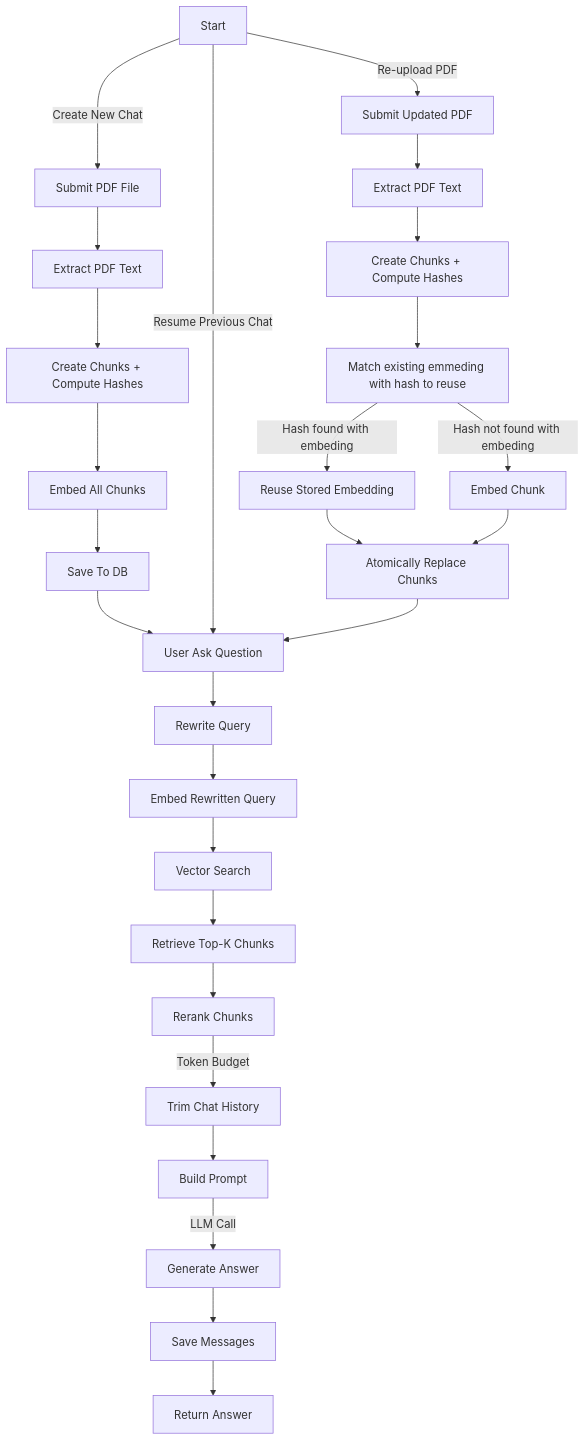
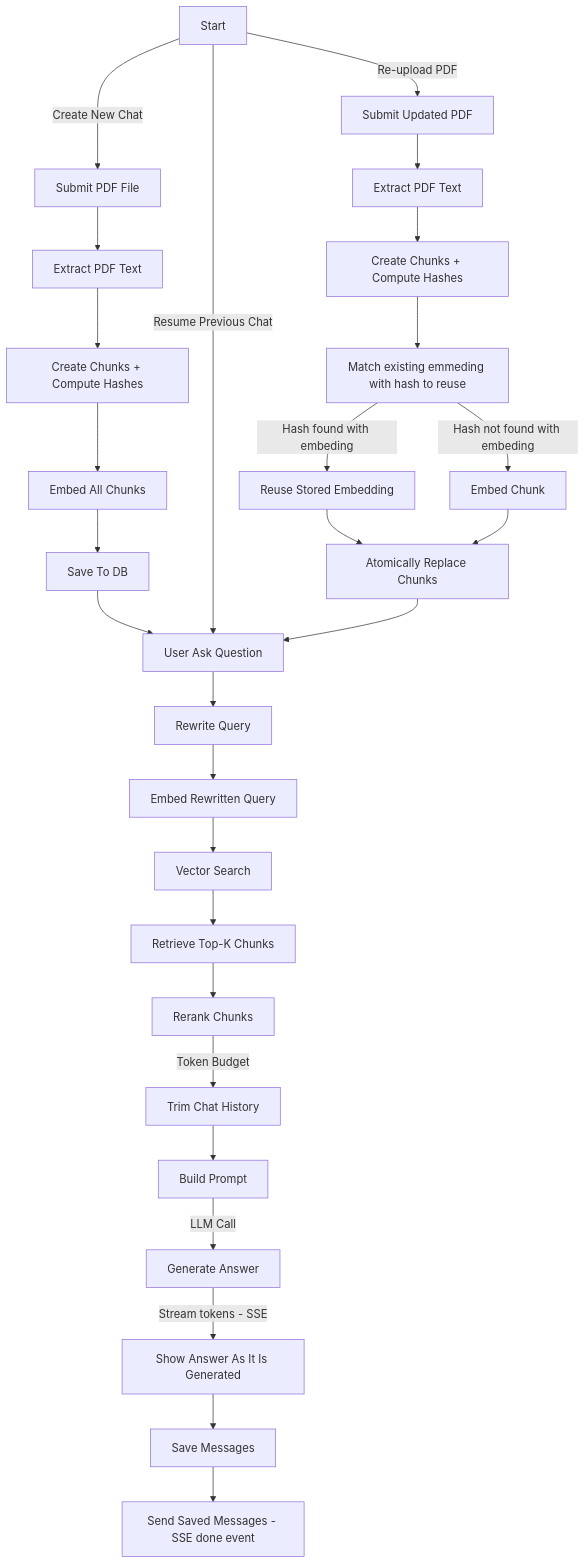
The diagram in README.md (jishnusaha/ask-my-pdf), drawn with Mermaid before and after one commit. The commit also changed other lines of this file and 9 other files, not shown here.

````diff
--- a/README.md
+++ b/README.md
@@ -277,32 +308,33 @@
 ```mermaid
 flowchart TD
 Start --> |Create New Chat| B[Submit PDF File]
 B --> C[Extract PDF Text]
 C --> D[Create Chunks + Compute Hashes]
 D --> E[Embed All Chunks]
 E --> F[Save To DB]
 F --> A1[User Ask Question]
 
 Start --> |Resume Previous Chat| A1
 
 Start --> |Re-upload PDF| R1[Submit Updated PDF]
 R1 --> R26[Extract PDF Text]
 R26 --> R2[Create Chunks + Compute Hashes]
 R2 --> R3[Match existing emmeding with hash to reuse]
 R3 --> |Hash found with embeding| R4[Reuse Stored Embedding]
 R3 --> |Hash not found with embeding| R5[Embed Chunk]
 R4 & R5 --> R6[Atomically Replace Chunks]
 R6 --> A1
 
 A1 --> B1[Rewrite Query]
 B1 --> C1[Embed Rewritten Query]
 C1 --> D1[Vector Search]
 D1 --> E1[Retrieve Top-K Chunks]
 E1 --> F1[Rerank Chunks]
 F1 --> |Token Budget| G1[Trim Chat History]
 G1 --> H1[Build Prompt]
 H1 --> |LLM Call|I1[Generate Answer]
-I1 --> J1[Save Messages]
-J1 --> K1[Return Answer]
+I1 --> |Stream tokens - SSE| S1[Show Answer As It Is Generated]
+S1 --> J1[Save Messages]
+J1 --> K1[Send Saved Messages - SSE done event]
 
 ```
````
